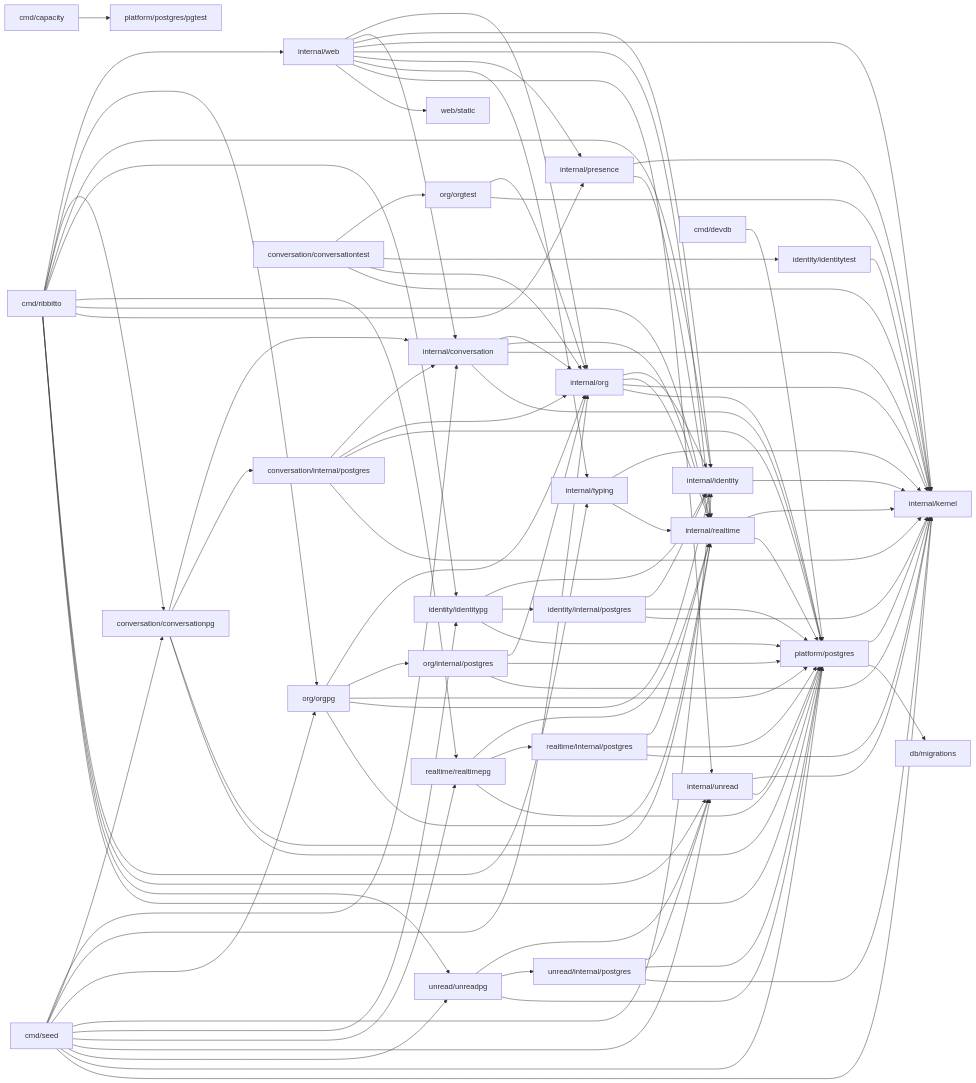
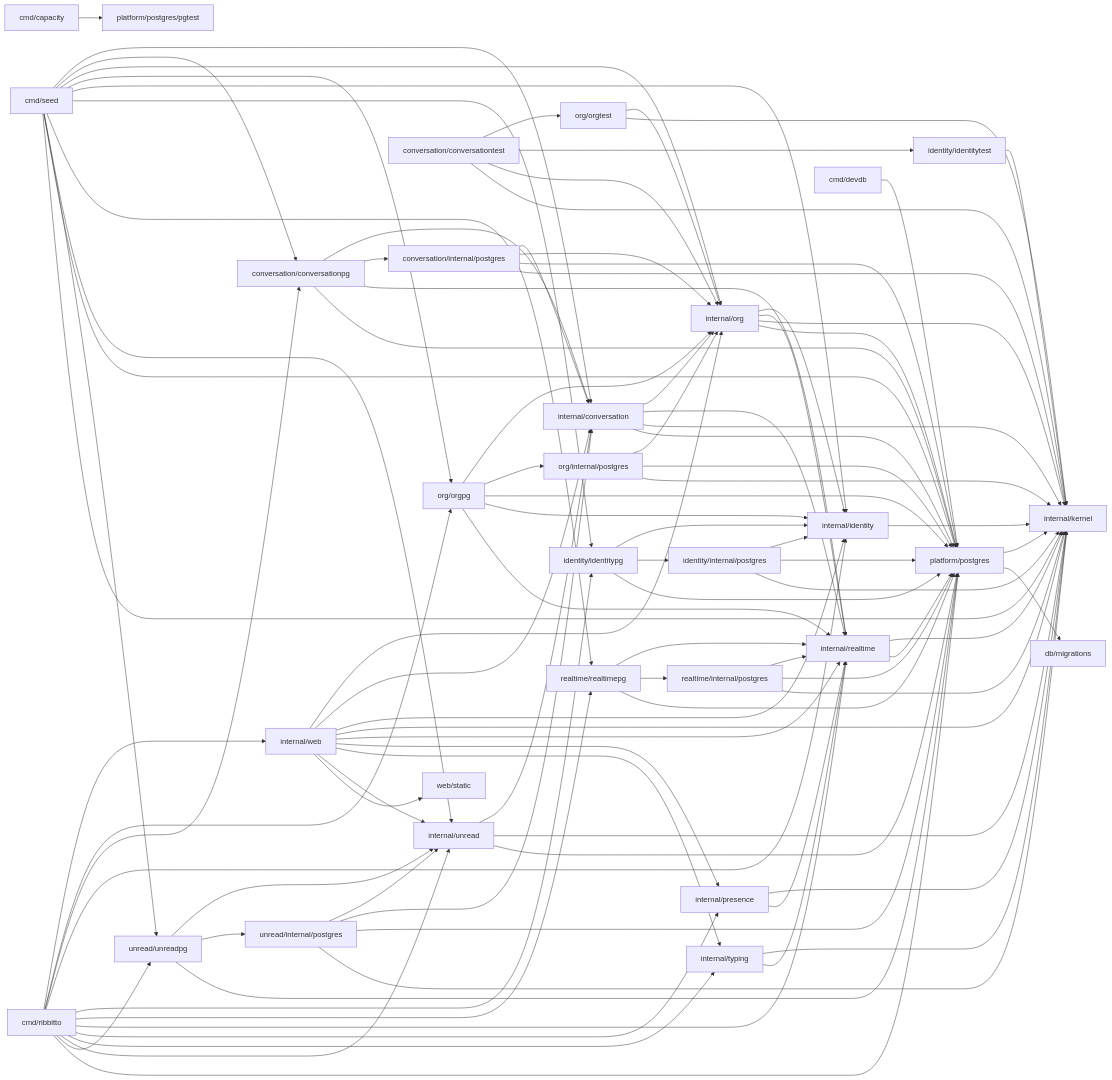
One commit to tkakkie/ribbitto changed the diagram in docs/architecture/packages.md. Above: the diagram before and after it, drawn with Mermaid. The commit also changed other lines of this file and 15 other files, not shown here.

First line of the commit message:
refactor(unread): allow importing conversation's root and share SequenceRange (part a) (#1345)

````diff
--- a/docs/architecture/packages.md
+++ b/docs/architecture/packages.md
@@ -64,29 +64,29 @@
 ```mermaid
 flowchart LR
   cmd[cmd/ribbitto] --> web & orgpg[org/orgpg] & conversationpg[conversation/conversationpg] & identity & identitypg[identity/identitypg] & realtimepg & realtime & presence & typing & unread & unreadpg & platform[platform/postgres]
   seed[cmd/seed] --> conversation & conversationpg & org & orgpg & identity & identitypg & realtimepg & unread & unreadpg & platform & kernel
   devdb[cmd/devdb] --> platform
   capacity[cmd/capacity] --> pgtest[platform/postgres/pgtest]
   web[internal/web] --> org & conversation & identity & kernel & realtime & presence & typing & unread & static[web/static]
   conversationpg --> conversation[internal/conversation] & cstore[conversation/internal/postgres] & realtime & platform
   conversation --> org & realtime & kernel & platform
   cstore --> conversation & org & platform & kernel
   conversationtest[conversation/conversationtest] --> orgtest[org/orgtest] & identitytest[identity/identitytest] & org & kernel
   orgtest --> org & kernel
   identitytest --> kernel
   realtime[internal/realtime] --> kernel & platform
   realtimepg[realtime/realtimepg] --> realtime & rstore[realtime/internal/postgres] & platform
   rstore --> realtime & platform & kernel
   org[internal/org] --> identity & realtime & kernel & platform
   orgpg --> org & ostore[org/internal/postgres] & platform & identity & realtime
   ostore --> org & platform & kernel
   identity[internal/identity] --> kernel
   identitypg --> identity & store[identity/internal/postgres] & platform
   store --> identity & platform & kernel
   presence[internal/presence] --> kernel & realtime
   typing[internal/typing] --> kernel & realtime
-  unread[internal/unread] --> kernel & platform
+  unread[internal/unread] --> conversation & kernel & platform
   unreadpg[unread/unreadpg] --> unread & ustore[unread/internal/postgres] & platform
-  ustore --> unread & platform & kernel
+  ustore --> unread & conversation & platform & kernel
   platform --> kernel[internal/kernel] & migrations[db/migrations]
 ```
````
